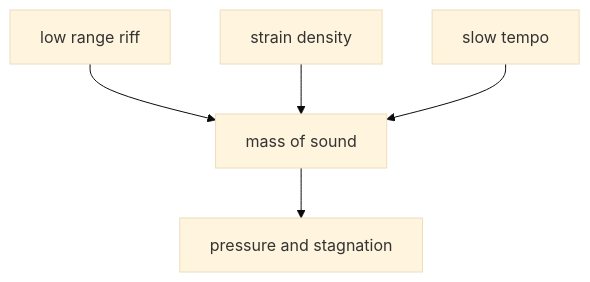
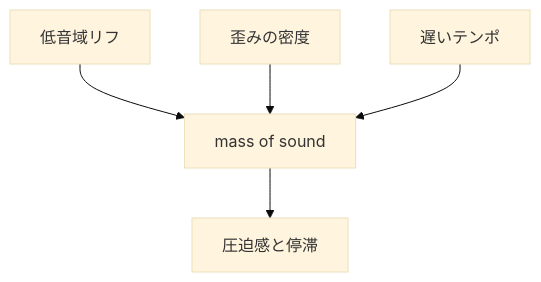
The second of 2 diagrams in en/_posts/2026-01-16-column-sludge-metal.md (monumental-movement/monumental-movement.github.io), drawn with Mermaid (base theme) before and after one commit. The commit also changed other lines of this file and 2196 other files, not shown here.

```diff
--- a/en/_posts/2026-01-16-column-sludge-metal.md
+++ b/en/_posts/2026-01-16-column-sludge-metal.md
@@ -155,7 +155,7 @@
 <div class="mermaid">
 graph TD
-    A[low range riff] --> D[mass of sound]
-    B[strain density] --> D
-    C[slow tempo] --> D
-    D --> E[pressure and stagnation]
+    A[低音域リフ] --> D[mass of sound]
+    B[歪みの密度] --> D
+    C[遅いテンポ] --> D
+    D --> E[圧迫感と停滞]
 </div>
```
